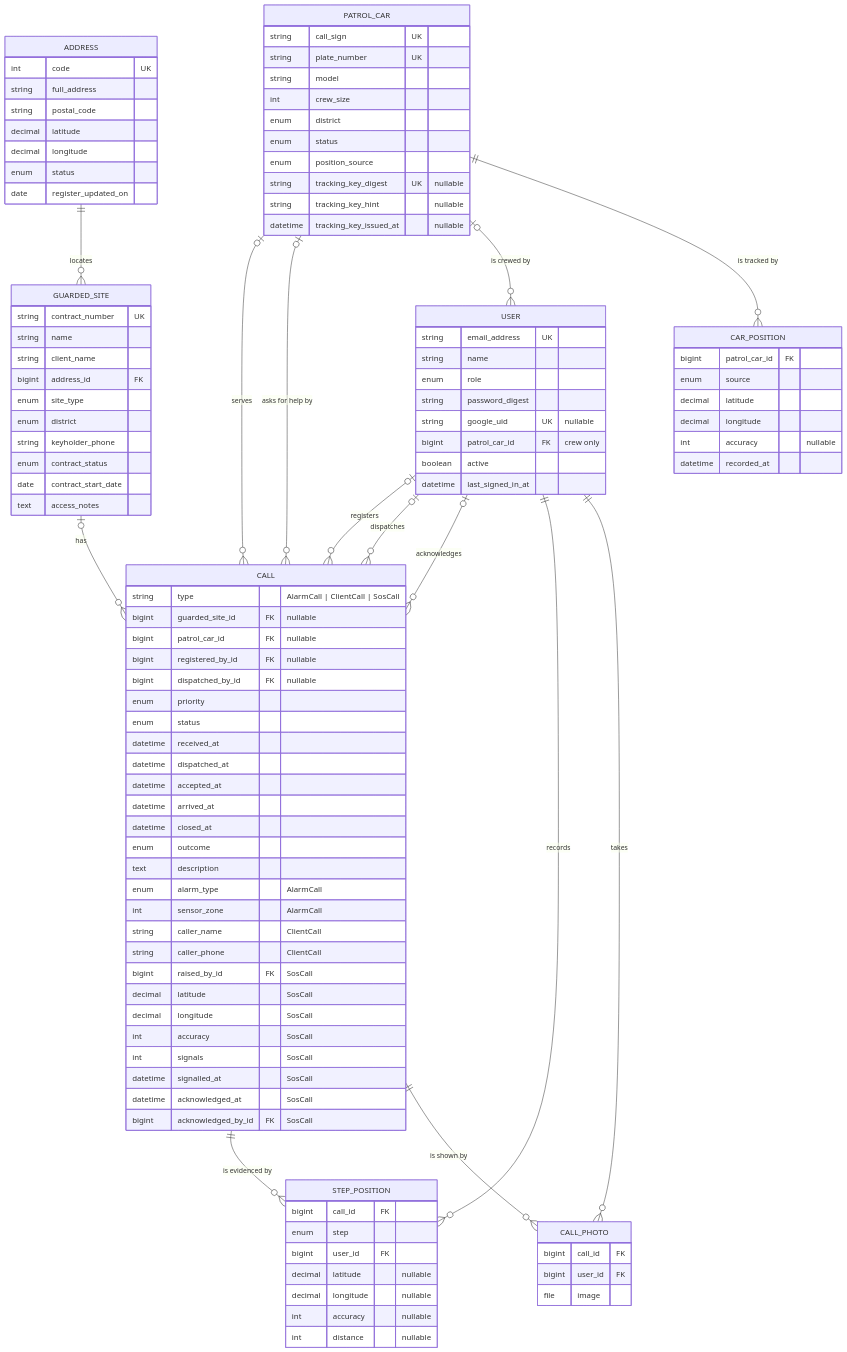
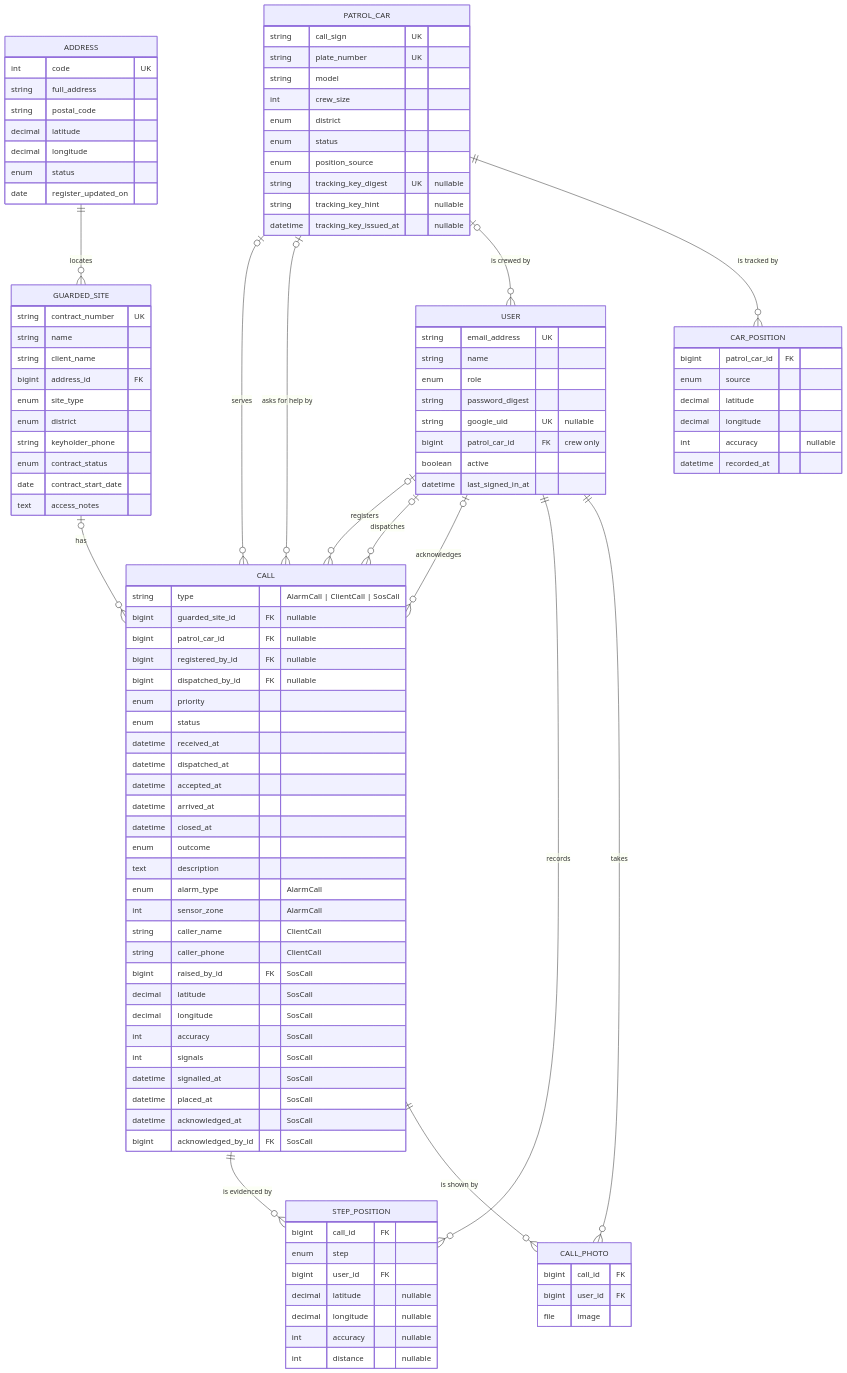
The first of 2 diagrams in SPECIFICATION.md (jromanovs/patrol-call-system), drawn with Mermaid before and after one commit. The commit also changed other lines of this file, not shown here.

First line of the commit message:
docs(spec): the SOS of the crew screen — ADD-12, CRW-11, DYN-20 (#84)

```diff
--- a/SPECIFICATION.md
+++ b/SPECIFICATION.md
@@ -320,6 +321,7 @@
         int accuracy "SosCall"
         int signals "SosCall"
         datetime signalled_at "SosCall"
+        datetime placed_at "SosCall"
         datetime acknowledged_at "SosCall"
         bigint acknowledged_by_id FK "SosCall"
     }
```
